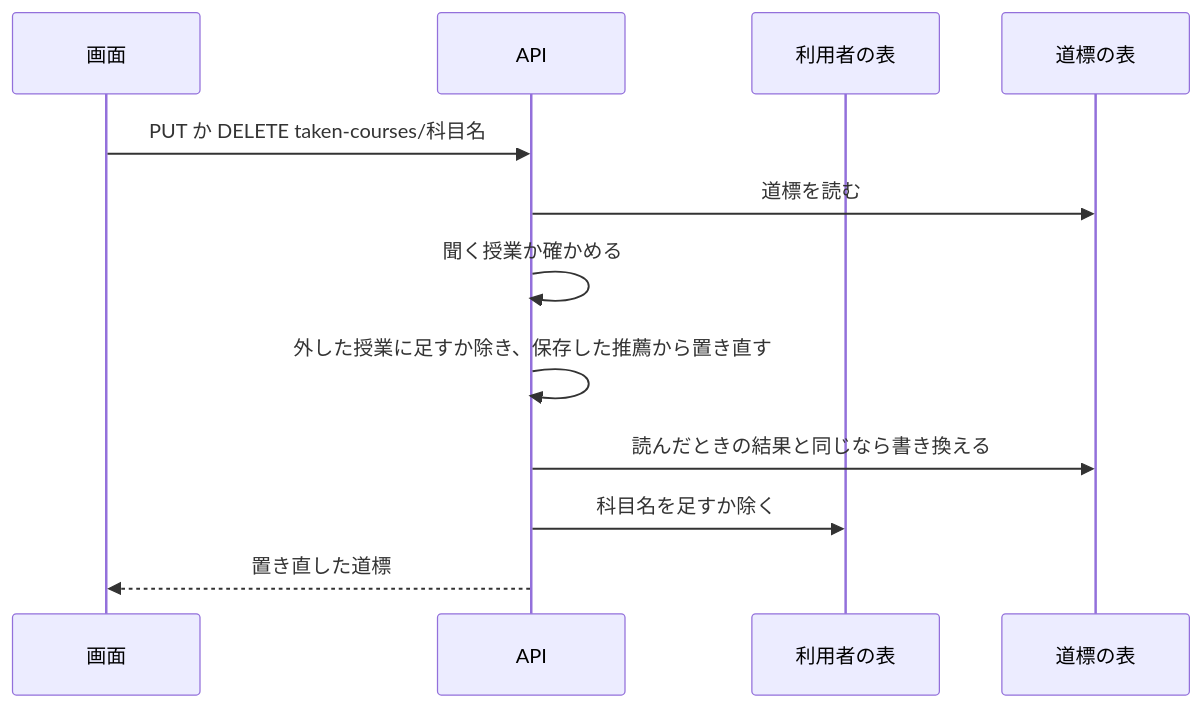
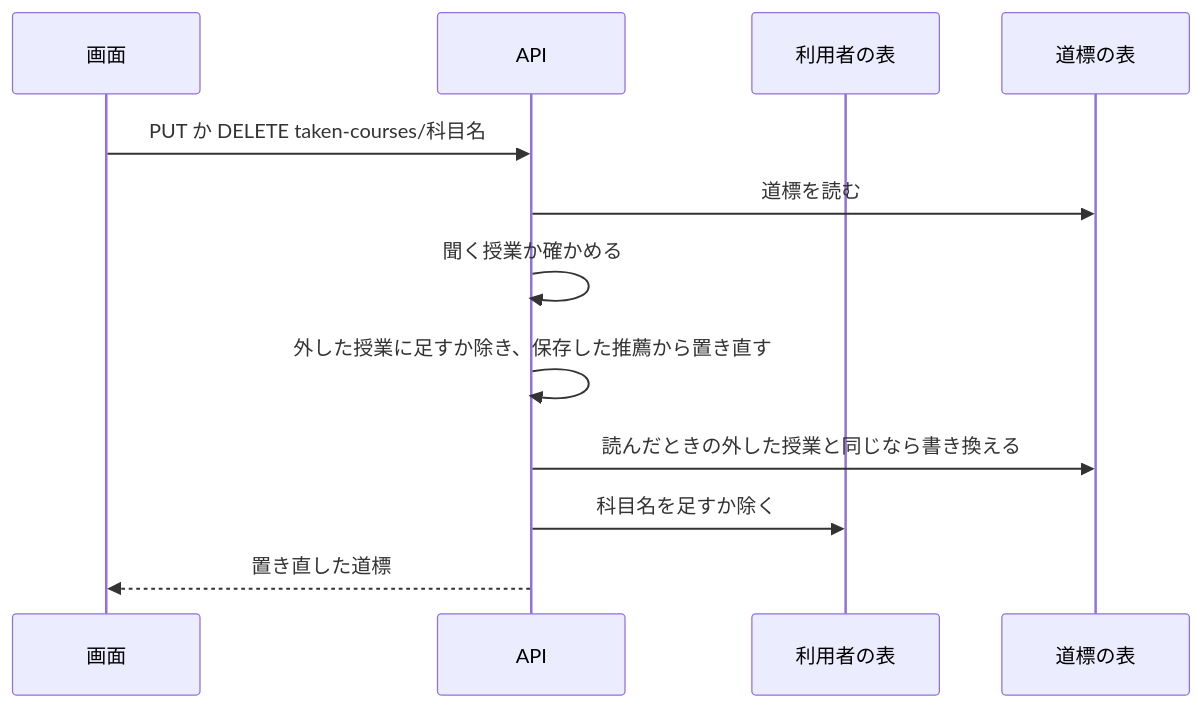
One commit to h11roki/Shirube changed the diagram in docs/adr/0034-taken-courses.md. Above: the diagram before and after it, drawn with Mermaid. The commit also changed other lines of this file, not shown here.

````diff
--- a/docs/adr/0034-taken-courses.md
+++ b/docs/adr/0034-taken-courses.md
@@ -63,14 +63,14 @@
 ```mermaid
 sequenceDiagram
   participant 画面
   participant API
   participant 利用者の表
   participant 道標の表
   画面->>API: PUT か DELETE taken-courses/科目名
   API->>道標の表: 道標を読む
   API->>API: 聞く授業か確かめる
   API->>API: 外した授業に足すか除き、保存した推薦から置き直す
-  API->>道標の表: 読んだときの結果と同じなら書き換える
+  API->>道標の表: 読んだときの外した授業と同じなら書き換える
   API->>利用者の表: 科目名を足すか除く
   API-->>画面: 置き直した道標
 ```
````
